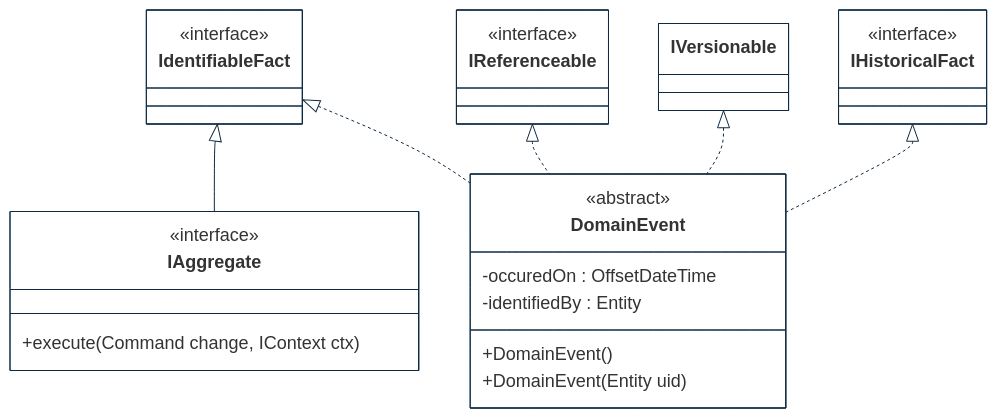
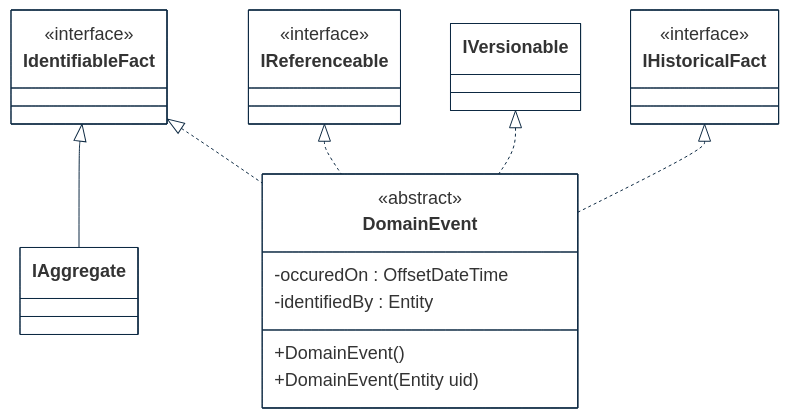
The first of 5 diagrams in implementations-line/framework/domain/designview-packages.md (cybnity/foundation), drawn with Mermaid before and after one commit.

````diff
--- a/implementations-line/framework/domain/designview-packages.md
+++ b/implementations-line/framework/domain/designview-packages.md
@@ -10,47 +10,43 @@
 ```mermaid
 %%{
   init: {
     'theme': 'base',
     'themeVariables': {
         'background': '#ffffff',
         'fontFamily': 'arial',
         'fontSize': '18px',
         'primaryColor': '#fff',
         'primaryBorderColor': '#0e2a43',
         'secondaryBorderColor': '#0e2a43',
         'tertiaryBorderColor': '#0e2a43',
         'edgeLabelBackground':'#0e2a43',
         'lineColor': '#0e2a43',
         'tertiaryColor': '#fff'
     }
   }
 }%%
 classDiagram
     IdentifiableFact <|-- IAggregate
     IHistoricalFact <|.. DomainEvent
     IVersionable <|.. DomainEvent
     IReferenceable <|.. DomainEvent
     IdentifiableFact <|.. DomainEvent
 
     class DomainEvent {
         <<abstract>>
         -occuredOn : OffsetDateTime
         -identifiedBy : Entity
         +DomainEvent()
         +DomainEvent(Entity uid)
     }
-    class IAggregate {
-        <<interface>>
-        +execute(Command change, IContext ctx)
-    }
     class IHistoricalFact {
         <<interface>>
     }
     class IdentifiableFact {
         <<interface>>
     }
     class IReferenceable {
         <<interface>>
     }
 
 ```
````
